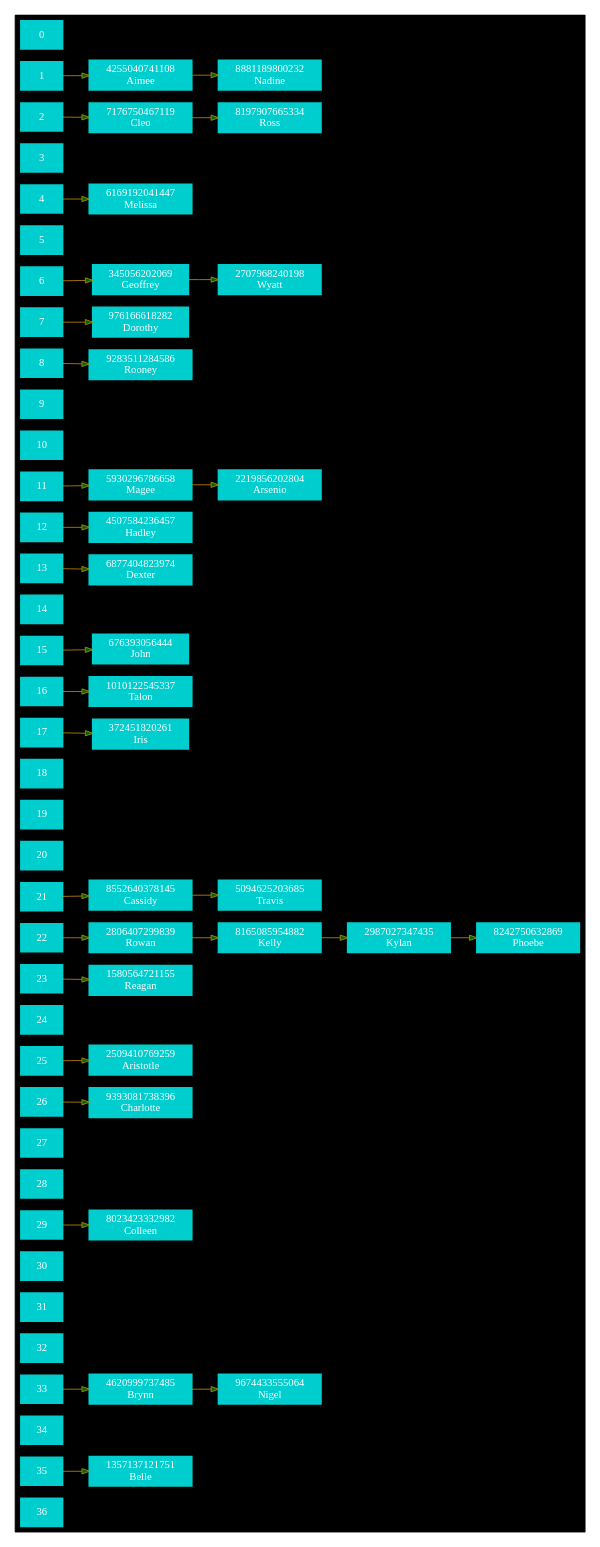
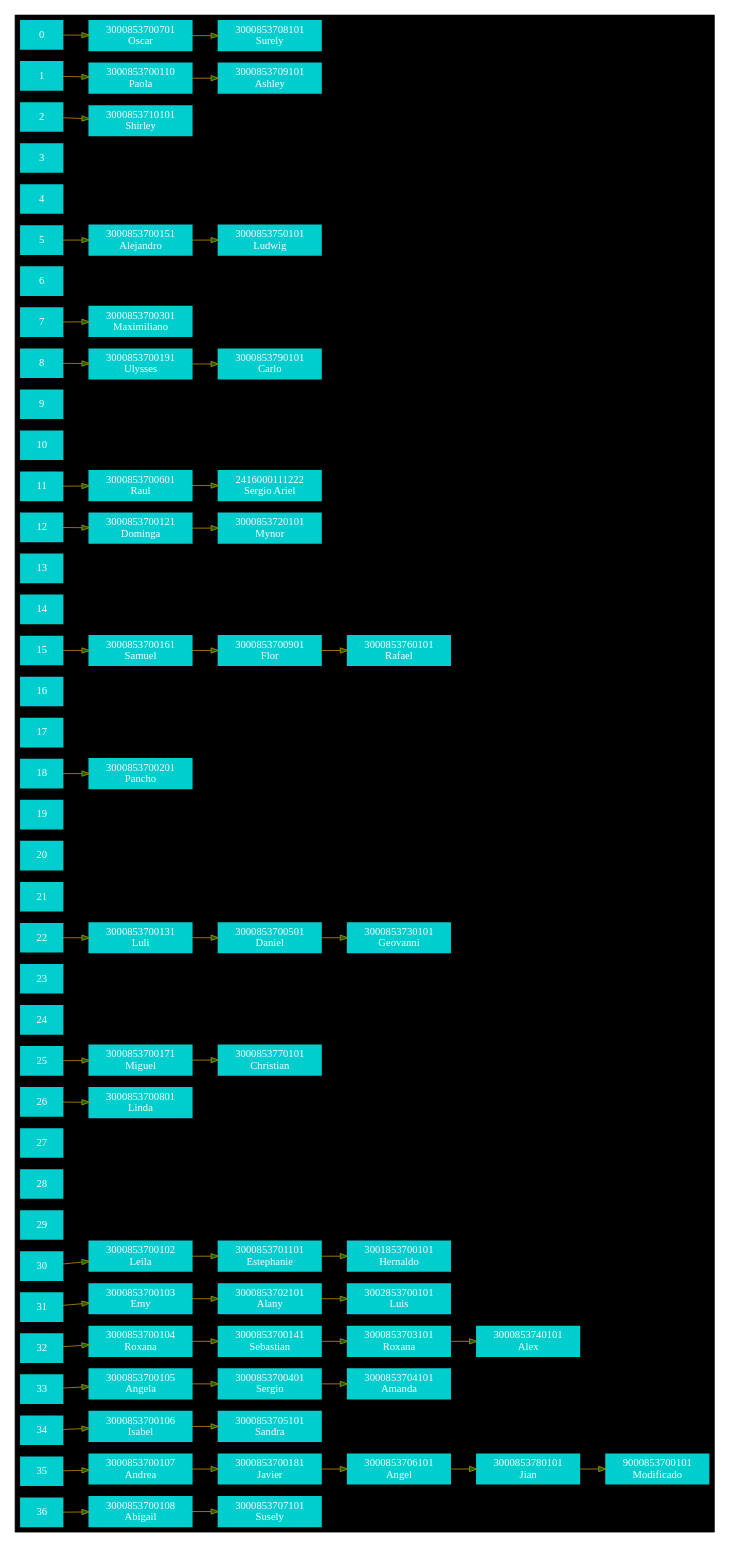
The diagram in Clientes.dot (SergioUnix/EDD_Proyecto2_Junio_2020), drawn with Graphviz before and after one commit. The commit also changed 24 other files, not shown here.

Commit message:
201020252  Sergio Ariel Ramirez _______ Proyecto Terminado

```diff
--- a/Clientes.dot
+++ b/Clientes.dot
@@ -1,132 +1,183 @@
 digraph HashTable {
 node[shape=box style="filled" color="cyan3" fontcolor = "white" penwidth=3];
 edge[style=filled fillcolor="darkgreen" color="darkgoldenrod3"];
 rankdir=LR;
 subgraph cluster_0{
 bgcolor="black"
 "0";
+"3000853700701"[label ="3000853700701
+Oscar"];
+"3000853708101"[label ="3000853708101
+Surely"];
+"3000853700701"->"3000853708101";
+0->"3000853700701";
 "1";
-"4255040741108"[label ="4255040741108
-Aimee"];
-"8881189800232"[label ="8881189800232
-Nadine"];
-"4255040741108"->"8881189800232";
-1->"4255040741108";
+"3000853700110"[label ="3000853700110
+Paola"];
+"3000853709101"[label ="3000853709101
+Ashley"];
+"3000853700110"->"3000853709101";
+1->"3000853700110";
 "2";
-"7176750467119"[label ="7176750467119
-Cleo"];
-"8197907665334"[label ="8197907665334
-Ross"];
-"7176750467119"->"8197907665334";
-2->"7176750467119";
+"3000853710101"[label ="3000853710101
+Shirley"];
+2->"3000853710101";
 "3";
 "4";
-"6169192041447"[label ="6169192041447
-Melissa"];
-4->"6169192041447";
 "5";
+"3000853700151"[label ="3000853700151
+Alejandro"];
+"3000853750101"[label ="3000853750101
+Ludwig"];
+"3000853700151"->"3000853750101";
+5->"3000853700151";
 "6";
-"345056202069"[label ="345056202069
-Geoffrey"];
-"2707968240198"[label ="2707968240198
-Wyatt"];
-"345056202069"->"2707968240198";
-6->"345056202069";
 "7";
-"976166618282"[label ="976166618282
-Dorothy"];
-7->"976166618282";
+"3000853700301"[label ="3000853700301
+Maximiliano"];
+7->"3000853700301";
 "8";
-"9283511284586"[label ="9283511284586
-Rooney"];
-8->"9283511284586";
+"3000853700191"[label ="3000853700191
+Ulysses"];
+"3000853790101"[label ="3000853790101
+Carlo"];
+"3000853700191"->"3000853790101";
+8->"3000853700191";
 "9";
 "10";
 "11";
-"5930296786658"[label ="5930296786658
-Magee"];
-"2219856202804"[label ="2219856202804
-Arsenio"];
-"5930296786658"->"2219856202804";
-11->"5930296786658";
+"3000853700601"[label ="3000853700601
+Raul"];
+"2416000111222"[label ="2416000111222
+Sergio Ariel"];
+"3000853700601"->"2416000111222";
+11->"3000853700601";
 "12";
-"4507584236457"[label ="4507584236457
-Hadley"];
-12->"4507584236457";
+"3000853700121"[label ="3000853700121
+Dominga"];
+"3000853720101"[label ="3000853720101
+Mynor"];
+"3000853700121"->"3000853720101";
+12->"3000853700121";
 "13";
-"6877404823974"[label ="6877404823974
-Dexter"];
-13->"6877404823974";
 "14";
 "15";
-"676393056444"[label ="676393056444
-John"];
-15->"676393056444";
+"3000853700161"[label ="3000853700161
+Samuel"];
+"3000853700901"[label ="3000853700901
+Flor"];
+"3000853760101"[label ="3000853760101
+Rafael"];
+"3000853700161"->"3000853700901";
+"3000853700901"->"3000853760101";
+15->"3000853700161";
 "16";
-"1010122545337"[label ="1010122545337
-Talon"];
-16->"1010122545337";
 "17";
-"372451820261"[label ="372451820261
-Iris"];
-17->"372451820261";
 "18";
+"3000853700201"[label ="3000853700201
+Pancho"];
+18->"3000853700201";
 "19";
 "20";
 "21";
-"8552640378145"[label ="8552640378145
-Cassidy"];
-"5094625203685"[label ="5094625203685
-Travis"];
-"8552640378145"->"5094625203685";
-21->"8552640378145";
 "22";
-"2806407299839"[label ="2806407299839
-Rowan"];
-"8165085954882"[label ="8165085954882
-Kelly"];
-"2987027347435"[label ="2987027347435
-Kylan"];
-"8242750632869"[label ="8242750632869
-Phoebe"];
-"2806407299839"->"8165085954882";
-"8165085954882"->"2987027347435";
-"2987027347435"->"8242750632869";
-22->"2806407299839";
+"3000853700131"[label ="3000853700131
+Luli"];
+"3000853700501"[label ="3000853700501
+Daniel"];
+"3000853730101"[label ="3000853730101
+Geovanni"];
+"3000853700131"->"3000853700501";
+"3000853700501"->"3000853730101";
+22->"3000853700131";
 "23";
-"1580564721155"[label ="1580564721155
-Reagan"];
-23->"1580564721155";
 "24";
 "25";
-"2509410769259"[label ="2509410769259
-Aristotle"];
-25->"2509410769259";
+"3000853700171"[label ="3000853700171
+Miguel"];
+"3000853770101"[label ="3000853770101
+Christian"];
+"3000853700171"->"3000853770101";
+25->"3000853700171";
 "26";
-"9393081738396"[label ="9393081738396
-Charlotte"];
-26->"9393081738396";
+"3000853700801"[label ="3000853700801
+Linda"];
+26->"3000853700801";
 "27";
 "28";
 "29";
-"8023423332982"[label ="8023423332982
-Colleen"];
-29->"8023423332982";
 "30";
+"3000853700102"[label ="3000853700102
+Leila"];
+"3000853701101"[label ="3000853701101
+Estephanie"];
+"3001853700101"[label ="3001853700101
+Hernaldo"];
+"3000853700102"->"3000853701101";
+"3000853701101"->"3001853700101";
+30->"3000853700102";
 "31";
+"3000853700103"[label ="3000853700103
+Emy"];
+"3000853702101"[label ="3000853702101
+Alany"];
+"3002853700101"[label ="3002853700101
+Luis"];
+"3000853700103"->"3000853702101";
+"3000853702101"->"3002853700101";
+31->"3000853700103";
 "32";
+"3000853700104"[label ="3000853700104
+Roxana"];
+"3000853700141"[label ="3000853700141
+Sebastian"];
+"3000853703101"[label ="3000853703101
+Roxana"];
+"3000853740101"[label ="3000853740101
+Alex"];
+"3000853700104"->"3000853700141";
+"3000853700141"->"3000853703101";
+"3000853703101"->"3000853740101";
+32->"3000853700104";
 "33";
-"4620999737485"[label ="4620999737485
-Brynn"];
-"9674433555064"[label ="9674433555064
-Nigel"];
-"4620999737485"->"9674433555064";
-33->"4620999737485";
+"3000853700105"[label ="3000853700105
+Angela"];
+"3000853700401"[label ="3000853700401
+Sergio"];
+"3000853704101"[label ="3000853704101
+Amanda"];
+"3000853700105"->"3000853700401";
+"3000853700401"->"3000853704101";
+33->"3000853700105";
 "34";
+"3000853700106"[label ="3000853700106
+Isabel"];
+"3000853705101"[label ="3000853705101
+Sandra"];
+"3000853700106"->"3000853705101";
+34->"3000853700106";
 "35";
-"1357137121751"[label ="1357137121751
-Belle"];
-35->"1357137121751";
+"3000853700107"[label ="3000853700107
+Andrea"];
+"3000853700181"[label ="3000853700181
+Javier"];
+"3000853706101"[label ="3000853706101
+Angel"];
+"3000853780101"[label ="3000853780101
+Jian"];
+"9000853700101"[label ="9000853700101
+Modificado"];
+"3000853700107"->"3000853700181";
+"3000853700181"->"3000853706101";
+"3000853706101"->"3000853780101";
+"3000853780101"->"9000853700101";
+35->"3000853700107";
 "36";
+"3000853700108"[label ="3000853700108
+Abigail"];
+"3000853707101"[label ="3000853707101
+Susely"];
+"3000853700108"->"3000853707101";
+36->"3000853700108";
 }
 }
```
